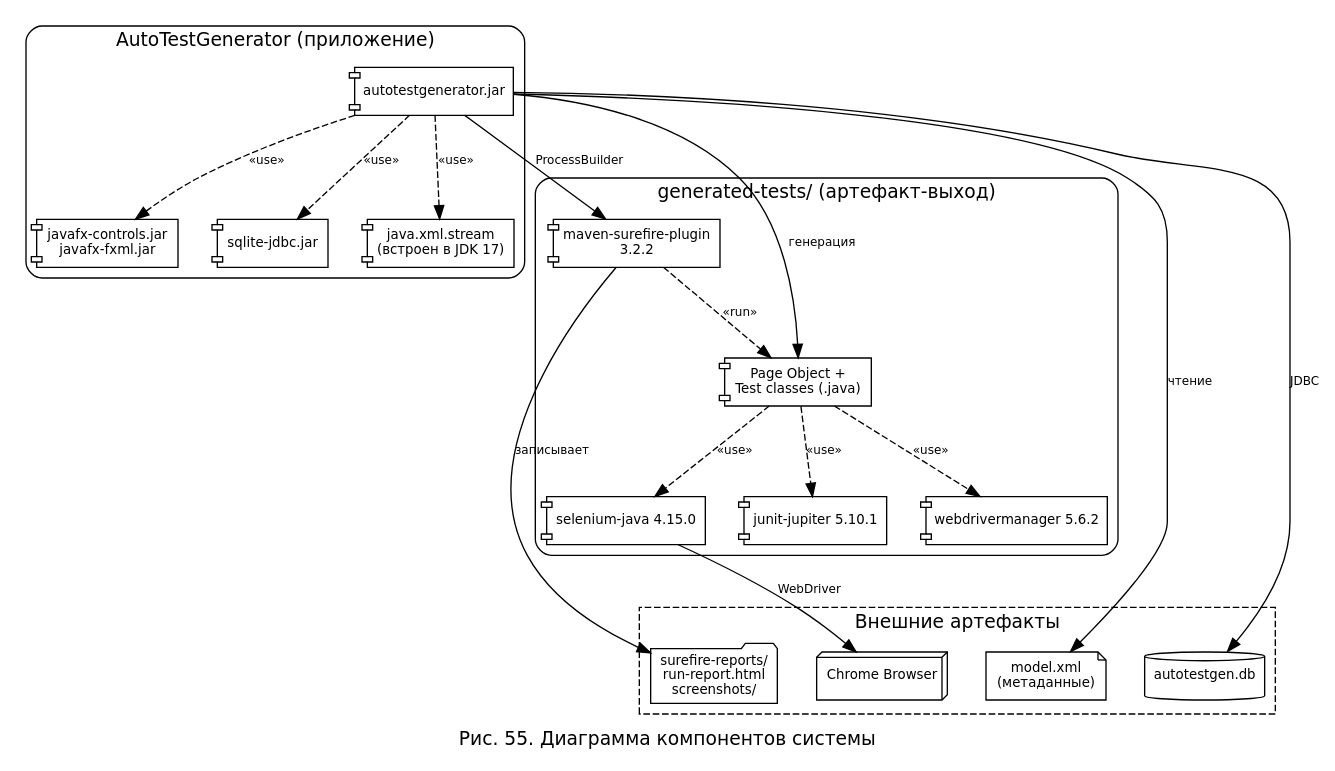
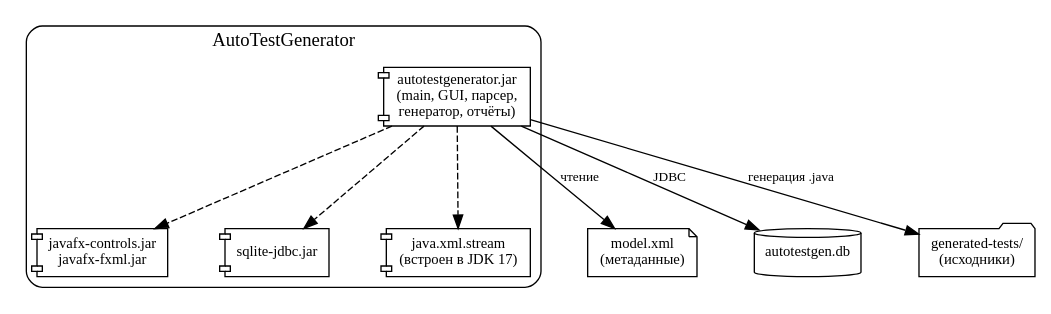
One commit to nastolbov/AutoTestGeneratorUpdate changed the diagram in diagrams/components.dot. Above: the diagram before and after it, drawn with Graphviz. The commit also changed 38 other files, not shown here.

```diff
--- a/diagrams/components.dot
+++ b/diagrams/components.dot
@@ -1,45 +1,27 @@
 digraph Components {
-    rankdir=TB; fontname="DejaVu Sans"; fontsize=14;
-    label="Рис. 55. Диаграмма компонентов системы"; labelloc=b;
-    nodesep=0.4; ranksep=0.8;
-    node [fontname="DejaVu Sans", fontsize=10, style=filled, fillcolor=white];
-    edge [color=black, fontname="DejaVu Sans", fontsize=9];
+    rankdir=TB; fontname="Liberation Serif";
+    nodesep=0.6; ranksep=0.9;
+    node [fontname="Liberation Serif", fontsize=11, style=filled, fillcolor=white];
+    edge [color=black, fontname="Liberation Serif", fontsize=10];
 
     subgraph cluster_app {
-        label="AutoTestGenerator (приложение)";
+        label="AutoTestGenerator";
         style=rounded; labelloc=t;
-        AppExe [shape=component, label="autotestgenerator.jar"];
+        AppJar [shape=component, label="autotestgenerator.jar\n(main, GUI, парсер,\nгенератор, отчёты)"];
         JavaFX [shape=component, label="javafx-controls.jar\njavafx-fxml.jar"];
         SQLite [shape=component, label="sqlite-jdbc.jar"];
         StAX   [shape=component, label="java.xml.stream\n(встроен в JDK 17)"];
-        AppExe -> JavaFX [style=dashed, label="«use»"];
-        AppExe -> SQLite [style=dashed, label="«use»"];
-        AppExe -> StAX   [style=dashed, label="«use»"];
+
+        AppJar -> JavaFX [style=dashed];
+        AppJar -> SQLite [style=dashed];
+        AppJar -> StAX   [style=dashed];
     }
-    subgraph cluster_gen {
-        label="generated-tests/ (артефакт-выход)";
-        style=rounded; labelloc=t;
-        GenJar   [shape=component, label="Page Object +\nTest classes (.java)"];
-        Selenium [shape=component, label="selenium-java 4.15.0"];
-        JUnit5   [shape=component, label="junit-jupiter 5.10.1"];
-        WdM      [shape=component, label="webdrivermanager 5.6.2"];
-        Maven    [shape=component, label="maven-surefire-plugin\n3.2.2"];
-        GenJar -> Selenium [style=dashed, label="«use»"];
-        GenJar -> JUnit5   [style=dashed, label="«use»"];
-        GenJar -> WdM      [style=dashed, label="«use»"];
-        Maven  -> GenJar   [style=dashed, label="«run»"];
-    }
-    subgraph cluster_ext {
-        label="Внешние артефакты"; style=dashed; labelloc=t;
-        XmlFile  [shape=note,     label="model.xml\n(метаданные)"];
-        SQLiteDb [shape=cylinder, label="autotestgen.db"];
-        Chrome   [shape=box3d,    label="Chrome Browser"];
-        Reports  [shape=folder,   label="surefire-reports/\nrun-report.html\nscreenshots/"];
-    }
-    AppExe   -> XmlFile  [label="чтение"];
-    AppExe   -> SQLiteDb [label="JDBC"];
-    AppExe   -> GenJar   [label="генерация"];
-    AppExe   -> Maven    [label="ProcessBuilder"];
-    Selenium -> Chrome   [label="WebDriver"];
-    Maven    -> Reports  [label="записывает"];
+
+    XmlFile  [shape=note,     label="model.xml\n(метаданные)"];
+    SQLiteDb [shape=cylinder, label="autotestgen.db"];
+    OutDir   [shape=folder,   label="generated-tests/\n(исходники)"];
+
+    AppJar -> XmlFile  [label="чтение"];
+    AppJar -> SQLiteDb [label="JDBC"];
+    AppJar -> OutDir   [label="генерация .java"];
 }
```
